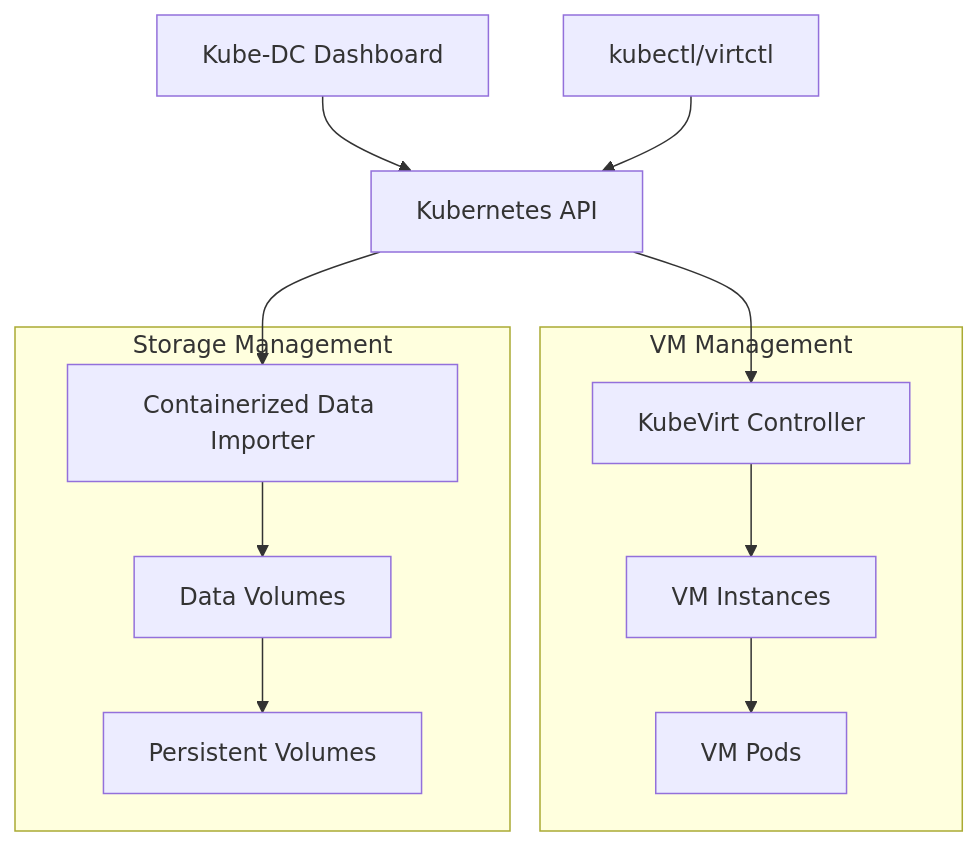
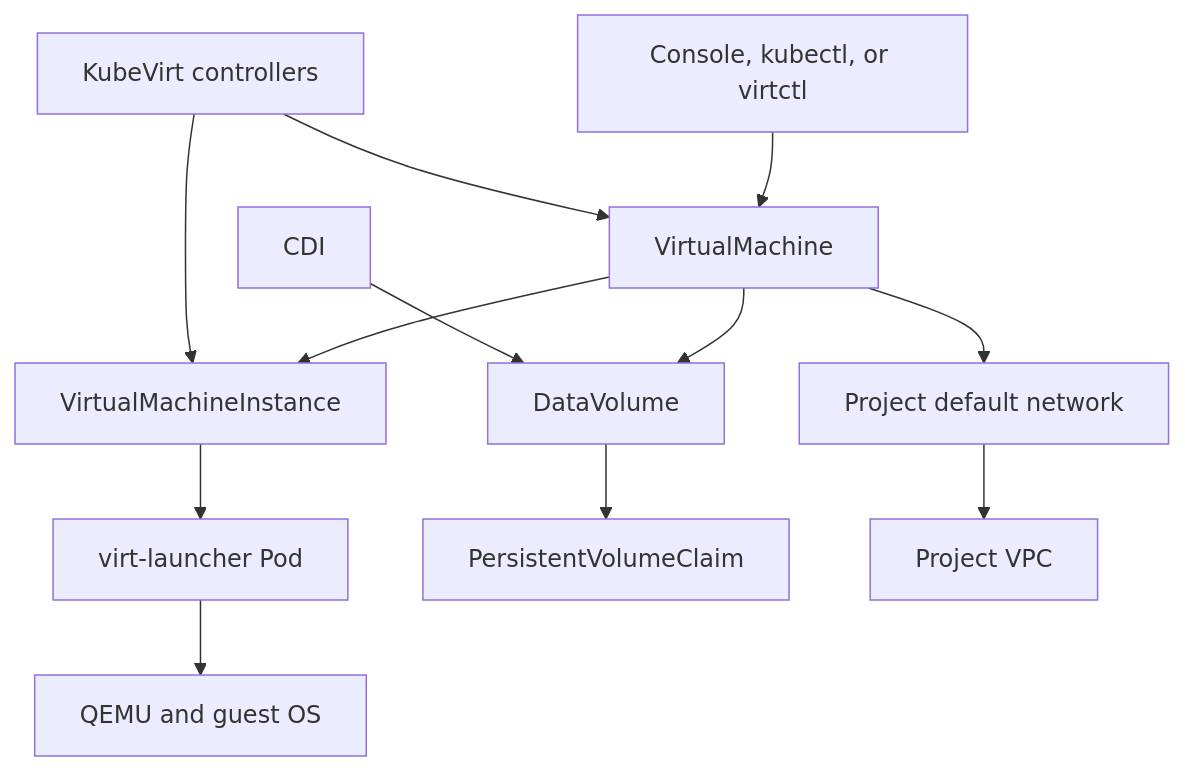
One commit to kube-dc/kube-dc-public changed the diagram in docs/platform/architecture-virtualization.md. Above: the diagram before and after it, drawn with Mermaid. The commit also changed other lines of this file and 150 other files, not shown here.

````diff
--- a/docs/platform/architecture-virtualization.md
+++ b/docs/platform/architecture-virtualization.md
@@ -9,26 +7,19 @@
 ```mermaid
 graph TD
-    K8s[Kubernetes API] --> KV[KubeVirt Controller]
-    K8s --> CDI[Containerized Data Importer]
-    
-    KV --> VMI[VM Instances]
-    CDI --> DV[Data Volumes]
-    
-    VMI --> POD[VM Pods]
-    DV --> PVC[Persistent Volumes]
-    
-    subgraph "VM Management"
-        KV
-        VMI
-        POD
-    end
-    
-    subgraph "Storage Management"
-        CDI
-        DV
-        PVC
-    end
+    accTitle: Kube-DC virtual machine resource flow
+    accDescr: A user creates a VirtualMachine in a Project. KubeVirt runs a VirtualMachineInstance in a launcher Pod, CDI provisions its disk, and Kube-OVN connects it to the Project VPC.
 
-    UI[Kube-DC Dashboard] --> K8s
-    CLI[kubectl/virtctl] --> K8s
+    User[Console, kubectl, or virtctl] --> VM[VirtualMachine]
+    VM --> VMI[VirtualMachineInstance]
+    VMI --> Launcher[virt-launcher Pod]
+    Launcher --> QEMU[QEMU and guest OS]
+
+    VM --> DV[DataVolume]
+    DV --> PVC[PersistentVolumeClaim]
+    CDI[CDI] --> DV
+
+    VM --> NAD[Project default network]
+    NAD --> VPC[Project VPC]
+    KV[KubeVirt controllers] --> VM
+    KV --> VMI
 ```
````
